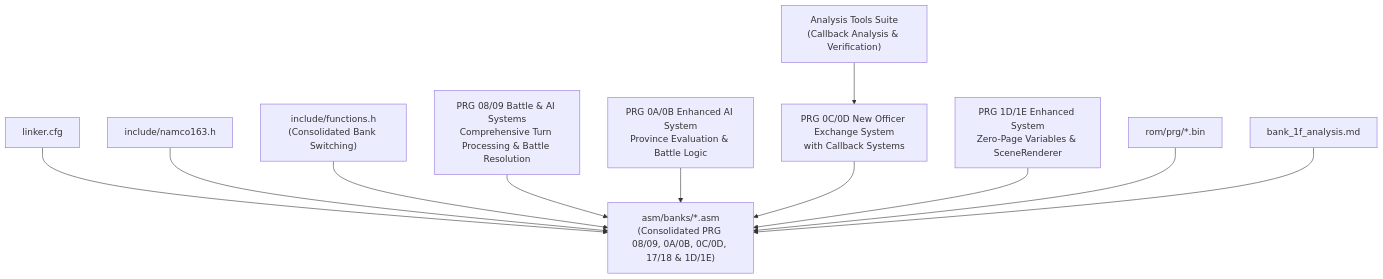
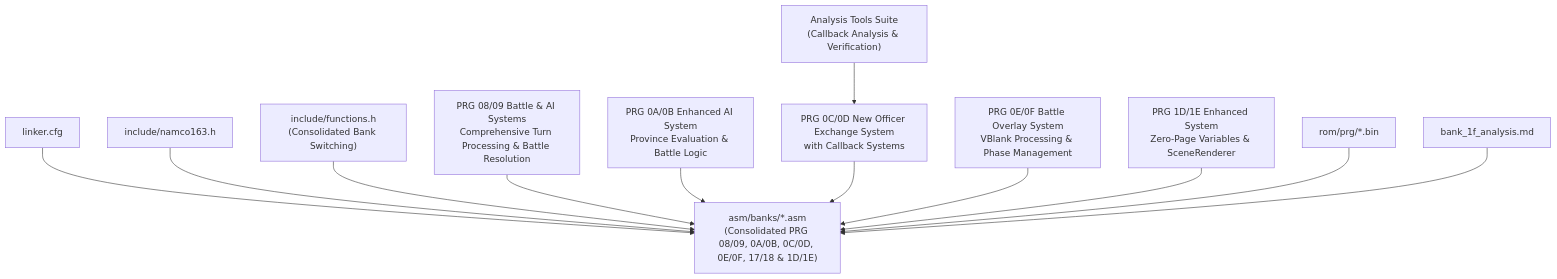
The third of 3 diagrams in .qoder/repowiki/en/content/Assembly Architecture/Bank Organization and Memory Layout/Bank Organization and Memory Layout.md (rabbyzero/sango2dasm), drawn with Mermaid before and after one commit. The commit also changed other lines of this file and 33 other files, not shown here.

First line of the commit message:
Standardize terminology per manual and decode prg_0e_0f battle phases

````diff
--- a/.qoder/repowiki/en/content/Assembly Architecture/Bank Organization and Memory Layout/Bank Organization and Memory Layout.md
+++ b/.qoder/repowiki/en/content/Assembly Architecture/Bank Organization and Memory Layout/Bank Organization and Memory Layout.md
@@ -563,24 +582,26 @@
 ```mermaid
 graph TB
 LCFG["linker.cfg"]
 N163["include/namco163.h"]
 FUNCS["include/functions.h<br/>(Consolidated Bank Switching)"]
-STUBS["asm/banks/*.asm<br/>(Consolidated PRG 08/09, 0A/0B, 0C/0D, 17/18 & 1D/1E)"]
+STUBS["asm/banks/*.asm<br/>(Consolidated PRG 08/09, 0A/0B, 0C/0D, 0E/0F, 17/18 & 1D/1E)"]
 ENHANCED_AI["PRG 08/09 Battle & AI Systems<br/>Comprehensive Turn Processing & Battle Resolution"]
 ENHANCED_AI2["PRG 0A/0B Enhanced AI System<br/>Province Evaluation & Battle Logic"]
 NEW_OFFICER_EXCHANGE["PRG 0C/0D New Officer Exchange System<br/>with Callback Systems"]
+BATTLE_OVERLAY["PRG 0E/0F Battle Overlay System<br/>VBlank Processing & Phase Management"]
 ENHANCED_DISPLAY["PRG 1D/1E Enhanced System<br/>Zero-Page Variables & SceneRenderer"]
 ROM["rom/prg/*.bin"]
 BOOT["bank_1f_analysis.md"]
 ANALYSIS_TOOLS["Analysis Tools Suite<br/>(Callback Analysis & Verification)"]
 LCFG --> STUBS
 N163 --> STUBS
 FUNCS --> STUBS
 ENHANCED_AI --> STUBS
 ENHANCED_AI2 --> STUBS
 NEW_OFFICER_EXCHANGE --> STUBS
+BATTLE_OVERLAY --> STUBS
 ENHANCED_DISPLAY --> STUBS
 ROM --> STUBS
 BOOT --> STUBS
 ANALYSIS_TOOLS --> NEW_OFFICER_EXCHANGE
 ```
````
